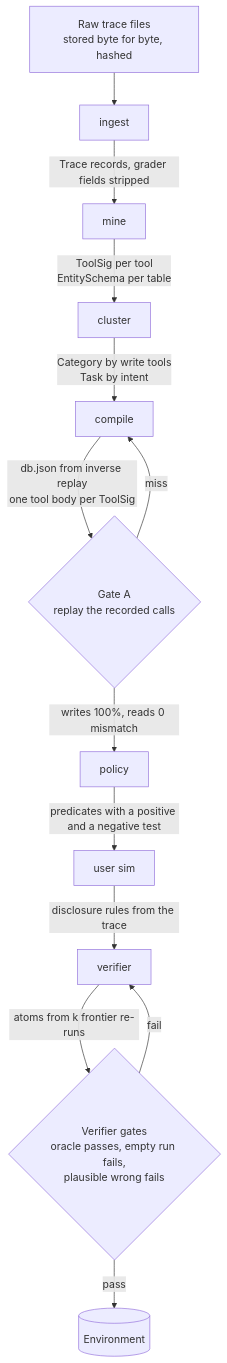
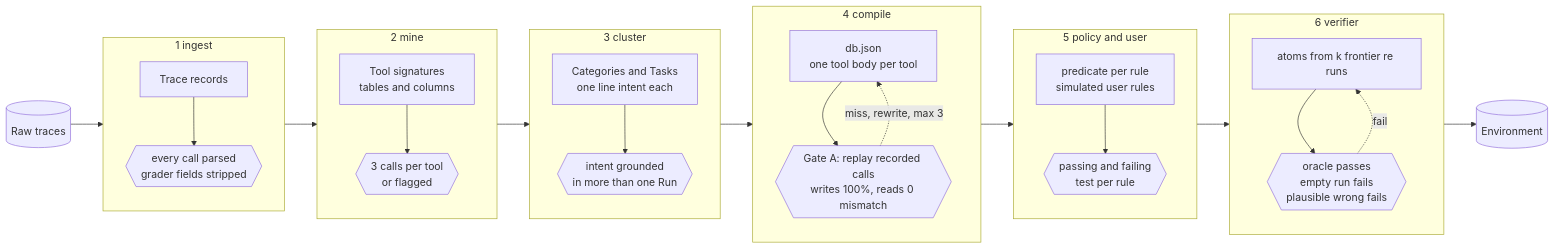
One commit to leiblerdev/kullback changed the third of 4 diagrams in README.md. Above: the diagram before and after it, drawn with Mermaid. The commit also changed other lines of this file, not shown here.

Commit message:
README: harness loop, simpler architecture, stage and runner diagrams
Compacted from origin/main history. Tree matches the last source commit.

````diff
--- a/README.md
+++ b/README.md
@@ -70,15 +81,32 @@
 ```mermaid
-flowchart TB
-    raw[Raw trace files<br/>stored byte for byte, hashed] --> ingest
-    ingest -->|Trace records, grader fields stripped| mine
-    mine -->|ToolSig per tool<br/>EntitySchema per table| cluster
-    cluster -->|Category by write tools<br/>Task by intent| compile
-    compile -->|db.json from inverse replay<br/>one tool body per ToolSig| gateA{Gate A<br/>replay the recorded calls}
-    gateA -->|writes 100%, reads 0 mismatch| policy
-    gateA -->|miss| compile
-    policy -->|predicates with a positive and a negative test| usersim[user sim]
-    usersim -->|disclosure rules from the trace| verifier
-    verifier -->|atoms from k frontier re-runs| gateV{Verifier gates<br/>oracle passes, empty run fails,<br/>plausible wrong fails}
-    gateV -->|pass| env[(Environment)]
-    gateV -->|fail| verifier
+flowchart LR
+    raw[(Raw traces)]
+    subgraph S1[1 ingest]
+        direction TB
+        i[Trace records] --> ig{{every call parsed<br/>grader fields stripped}}
+    end
+    subgraph S2[2 mine]
+        direction TB
+        m[Tool signatures<br/>tables and columns] --> mg{{3 calls per tool<br/>or flagged}}
+    end
+    subgraph S3[3 cluster]
+        direction TB
+        c[Categories and Tasks<br/>one line intent each] --> cg{{intent grounded<br/>in more than one Run}}
+    end
+    subgraph S4[4 compile]
+        direction TB
+        e[db.json<br/>one tool body per tool] --> eg{{Gate A: replay recorded calls<br/>writes 100%, reads 0 mismatch}}
+        eg -. miss, rewrite, max 3 .-> e
+    end
+    subgraph S5[5 policy and user]
+        direction TB
+        p[predicate per rule<br/>simulated user rules] --> pg{{passing and failing<br/>test per rule}}
+    end
+    subgraph S6[6 verifier]
+        direction TB
+        v[atoms from k frontier re runs] --> vg{{oracle passes<br/>empty run fails<br/>plausible wrong fails}}
+        vg -. fail .-> v
+    end
+    env[(Environment)]
+    raw --> S1 --> S2 --> S3 --> S4 --> S5 --> S6 --> env
 ```
````
